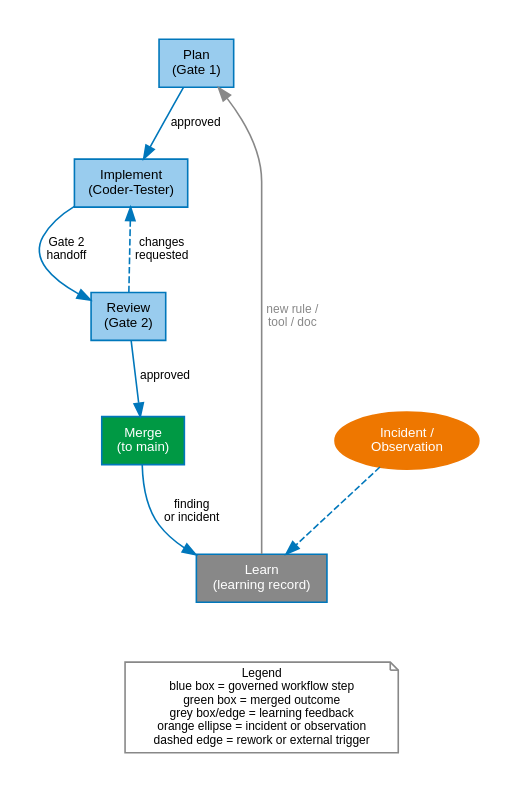
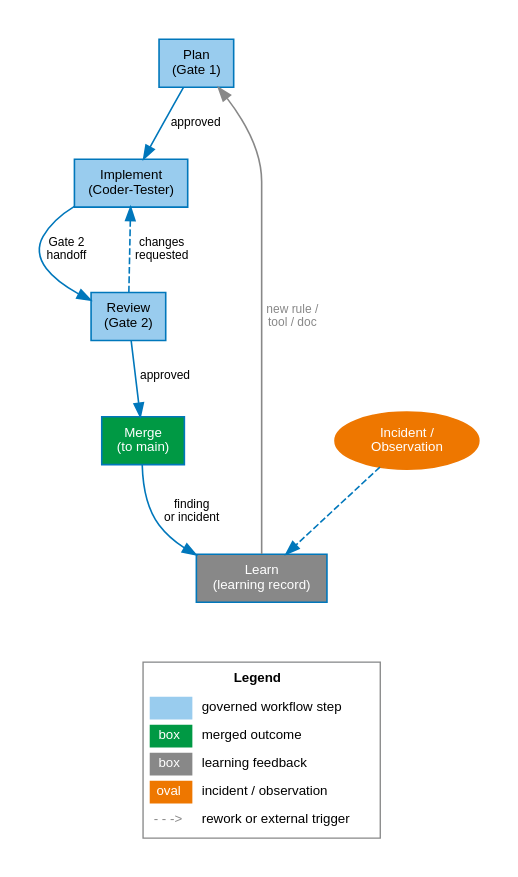
Before and after one commit to janipaijanen/agf-mirror: the diagram in agf/docs/figures/src/governance-loop.dot, drawn with Graphviz. The commit also changed 21 other files, not shown here.

Commit message:
docs: use visual keys for figure legends

```diff
--- a/agf/docs/figures/src/governance-loop.dot
+++ b/agf/docs/figures/src/governance-loop.dot
@@ -1,31 +1,39 @@
 // SPDX-License-Identifier: CC-BY-SA-4.0
 // agents-govern: self-applied governance loop
 // Generate: dot -Tsvg governance-loop.dot -o ../governance-loop.svg
 digraph governance_loop {
     graph [rankdir=TB, splines=spline, pad=0.3, nodesep=0.5, ranksep=0.6,
            fontname="Helvetica", fontsize=11]
     node  [fontname="Helvetica", fontsize=10, style=filled, shape=box,
            fillcolor="#99CCEE", color="#0077BB", penwidth=1.2]
     edge  [fontname="Helvetica", fontsize=9, color="#0077BB", penwidth=1.2]
 
     plan     [label="Plan\n(Gate 1)", fillcolor="#99CCEE"]
     implement [label="Implement\n(Coder-Tester)"]
     review   [label="Review\n(Gate 2)", fillcolor="#99CCEE"]
     merge    [label="Merge\n(to main)", fillcolor="#009944", fontcolor=white]
     learn    [label="Learn\n(learning record)", fillcolor="#888888", fontcolor=white]
     incident [label="Incident /\nObservation", shape=ellipse, fillcolor="#EE7700",
               fontcolor=white, color="#EE7700"]
 
     plan     -> implement [label="approved"]
     implement -> review   [label="Gate 2\nhandoff"]
     review   -> merge     [label="approved"]
     review   -> implement [label="changes\nrequested", style=dashed]
     merge    -> learn     [label="finding\nor incident"]
     incident -> learn     [style=dashed]
     learn    -> plan      [label="new rule /\ntool / doc", color="#888888",
                            fontcolor="#888888"]
 
-    legend [label="Legend\nblue box = governed workflow step\ngreen box = merged outcome\ngrey box/edge = learning feedback\norange ellipse = incident or observation\ndashed edge = rework or external trigger",
-            shape=note, fillcolor=white, color="#888888", fontsize=9]
+    legend [shape=plain, label=<
+        <TABLE BORDER="1" CELLBORDER="0" CELLSPACING="4" CELLPADDING="3" COLOR="#888888" BGCOLOR="white">
+            <TR><TD COLSPAN="2"><B>Legend</B></TD></TR>
+            <TR><TD BGCOLOR="#99CCEE" WIDTH="28"></TD><TD ALIGN="LEFT">governed workflow step</TD></TR>
+            <TR><TD BGCOLOR="#009944" WIDTH="28"><FONT COLOR="white">box</FONT></TD><TD ALIGN="LEFT">merged outcome</TD></TR>
+            <TR><TD BGCOLOR="#888888" WIDTH="28"><FONT COLOR="white">box</FONT></TD><TD ALIGN="LEFT">learning feedback</TD></TR>
+            <TR><TD BGCOLOR="#EE7700" WIDTH="28"><FONT COLOR="white">oval</FONT></TD><TD ALIGN="LEFT">incident / observation</TD></TR>
+            <TR><TD><FONT COLOR="#888888">- - -&gt;</FONT></TD><TD ALIGN="LEFT">rework or external trigger</TD></TR>
+        </TABLE>
+    >]
     learn -> legend [style=invis]
 }
```
